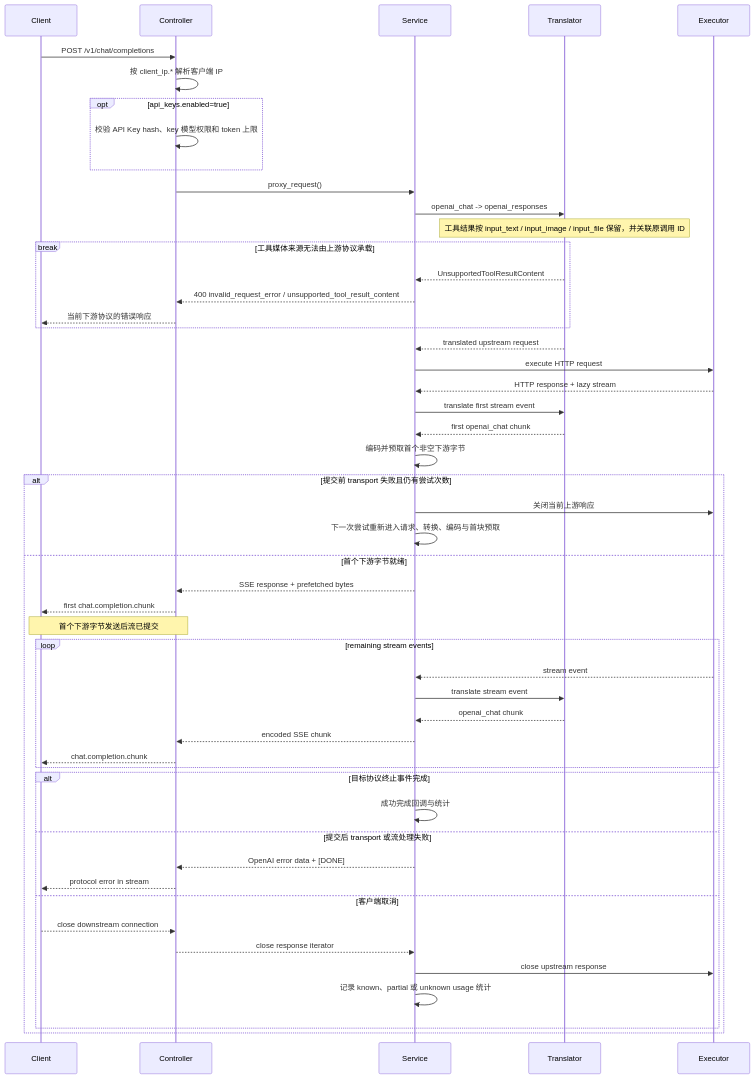
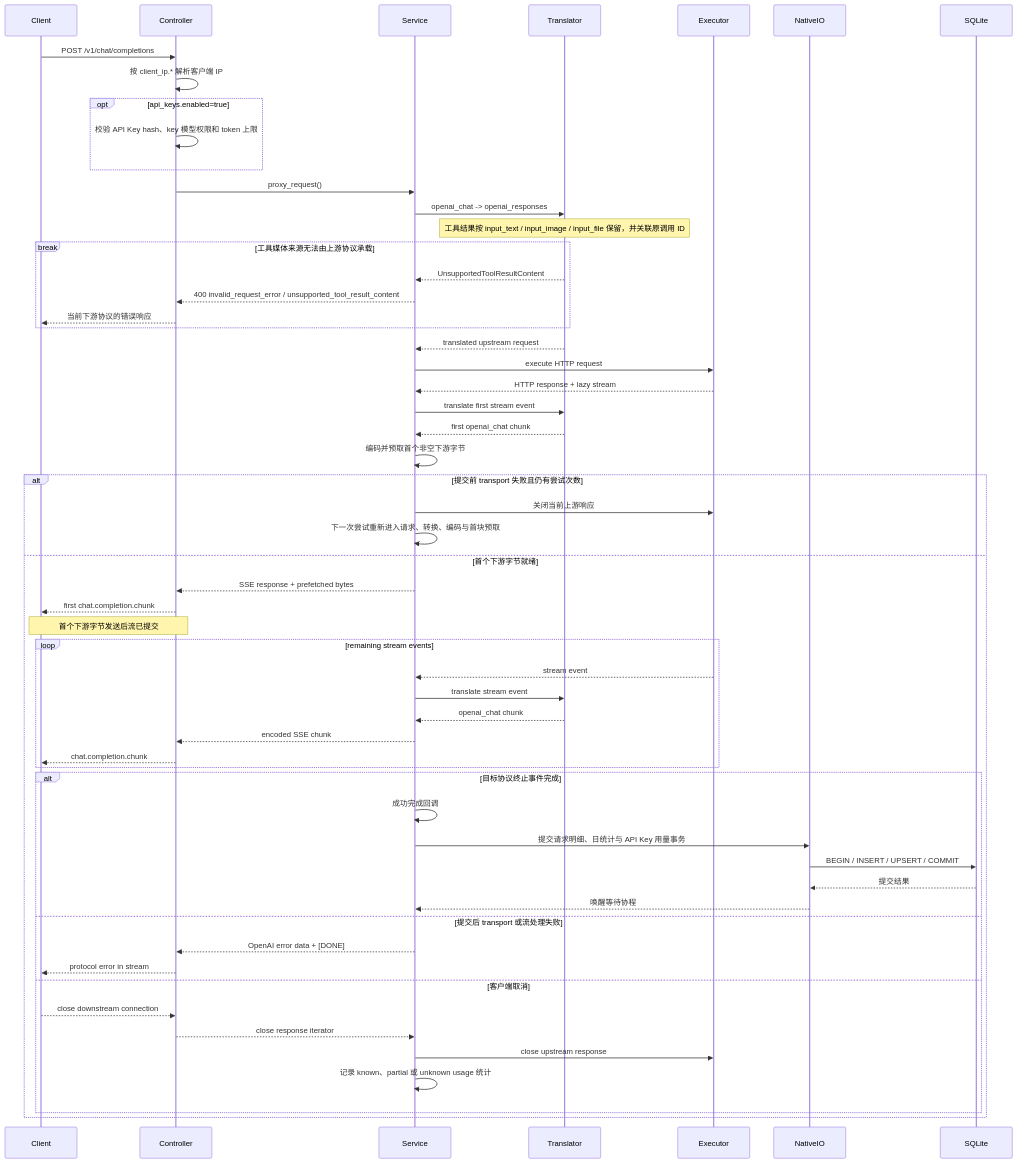
Before and after one commit to VonSdite/LLM_Proxy: the second of 7 diagrams in docs/architecture-4plus1.md, drawn with Mermaid. The commit also changed other lines of this file and 22 other files, not shown here.

````diff
--- a/docs/architecture-4plus1.md
+++ b/docs/architecture-4plus1.md
@@ -1160,54 +1195,60 @@
 ```mermaid
 sequenceDiagram
     participant Client
     participant Controller
     participant Service
     participant Translator
     participant Executor
+    participant NativeIO
+    participant SQLite
 
     Client->>Controller: POST /v1/chat/completions
     Controller->>Controller: 按 client_ip.* 解析客户端 IP
     opt api_keys.enabled=true
         Controller->>Controller: 校验 API Key hash、key 模型权限和 token 上限
     end
     Controller->>Service: proxy_request()
     Service->>Translator: openai_chat -> openai_responses
     Note over Translator: 工具结果按 input_text / input_image / input_file 保留，并关联原调用 ID
     break 工具媒体来源无法由上游协议承载
         Translator-->>Service: UnsupportedToolResultContent
         Service-->>Controller: 400 invalid_request_error / unsupported_tool_result_content
         Controller-->>Client: 当前下游协议的错误响应
     end
     Translator-->>Service: translated upstream request
     Service->>Executor: execute HTTP request
     Executor-->>Service: HTTP response + lazy stream
     Service->>Translator: translate first stream event
     Translator-->>Service: first openai_chat chunk
     Service->>Service: 编码并预取首个非空下游字节
     alt 提交前 transport 失败且仍有尝试次数
         Service->>Executor: 关闭当前上游响应
         Service->>Service: 下一次尝试重新进入请求、转换、编码与首块预取
     else 首个下游字节就绪
         Service-->>Controller: SSE response + prefetched bytes
         Controller-->>Client: first chat.completion.chunk
         Note over Controller,Client: 首个下游字节发送后流已提交
         loop remaining stream events
             Executor-->>Service: stream event
             Service->>Translator: translate stream event
             Translator-->>Service: openai_chat chunk
             Service-->>Controller: encoded SSE chunk
             Controller-->>Client: chat.completion.chunk
         end
         alt 目标协议终止事件完成
-            Service->>Service: 成功完成回调与统计
+            Service->>Service: 成功完成回调
+            Service->>NativeIO: 提交请求明细、日统计与 API Key 用量事务
+            NativeIO->>SQLite: BEGIN / INSERT / UPSERT / COMMIT
+            SQLite-->>NativeIO: 提交结果
+            NativeIO-->>Service: 唤醒等待协程
         else 提交后 transport 或流处理失败
             Service-->>Controller: OpenAI error data + [DONE]
             Controller-->>Client: protocol error in stream
         else 客户端取消
             Client-->>Controller: close downstream connection
             Controller-->>Service: close response iterator
             Service->>Executor: close upstream response
             Service->>Service: 记录 known、partial 或 unknown usage 统计
         end
     end
 ```
````
